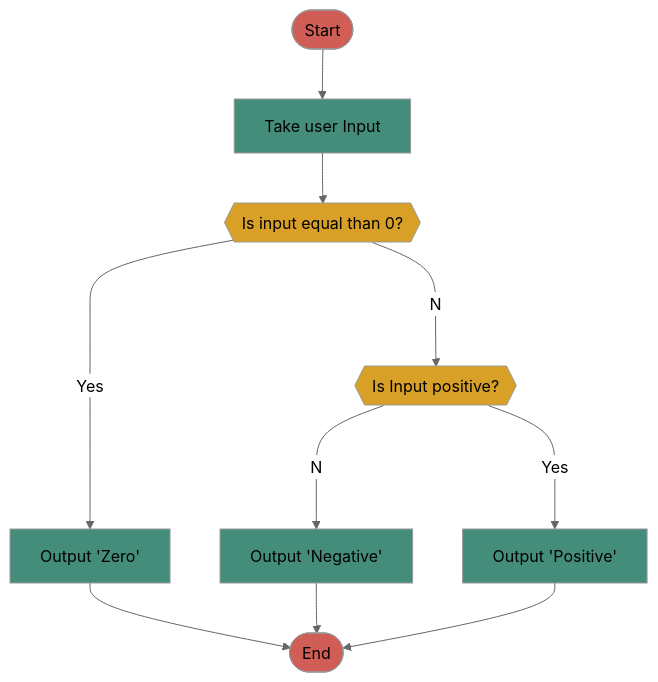
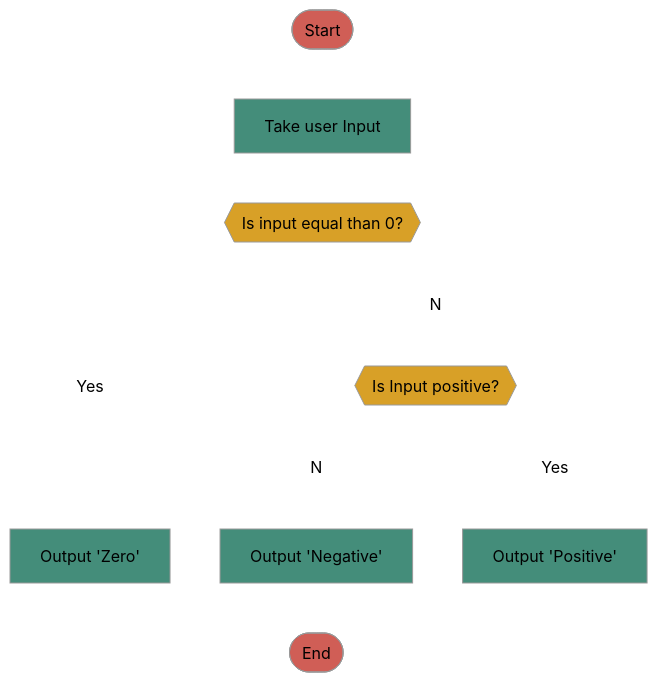
Before and after one commit to HokoraYinphineMPP/obsidian-git-sync: the second of 4 diagrams in docs/2022 Fall/CSE 2010-12(83648)/Week 3/2022-09-07 - C++ Control Flow with if-else statements.md, drawn with Mermaid (neutral theme). The commit also changed other lines of this file and 1 other file, not shown here.

````diff
--- a/docs/2022 Fall/CSE 2010-12(83648)/Week 3/2022-09-07 - C++ Control Flow with if-else statements.md
+++ b/docs/2022 Fall/CSE 2010-12(83648)/Week 3/2022-09-07 - C++ Control Flow with if-else statements.md
@@ -194,15 +195,16 @@
 ```mermaid
 graph TD;
     A([Start]):::Red-->B;
     B[Take user Input]:::Green-->C;
     C{{Is input equal than 0?}}:::Yellow--Yes-->D;
     C--No-->E;
     E{{Is Input positive?}}:::Yellow--No-->F;
 	E--Yes-->G;
     F[Output 'Negative']:::Green-->H([End]):::Red;
     D[Output 'Zero']:::Green-->H;
     G[Output 'Positive']:::Green-->H;
 	classDef Red fill:#d05e56;
 	classDef Yellow fill:#d8a027, color:#000;
 	classDef Green fill:#448d7a;
+	linkStyle default stroke-width:2px,fill:none, stroke:white
 ```
````
